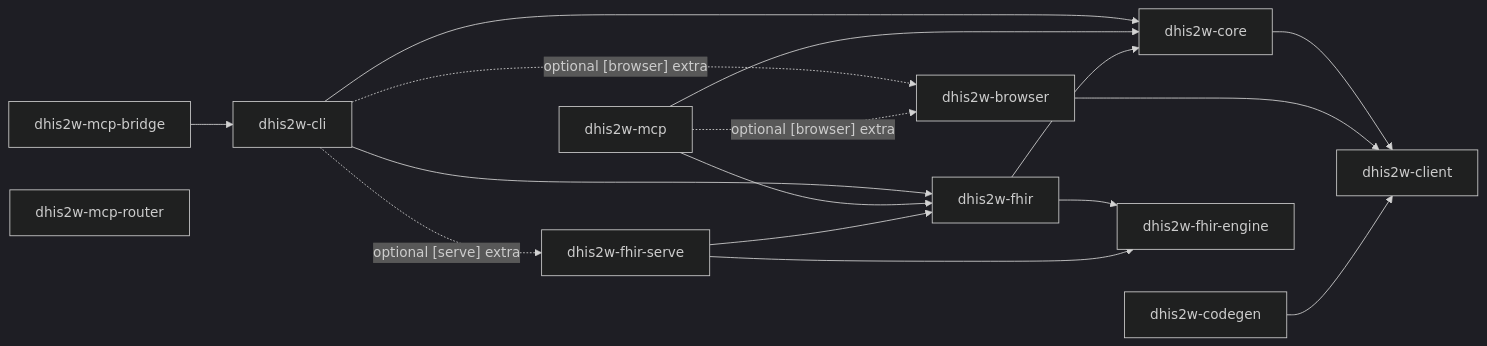
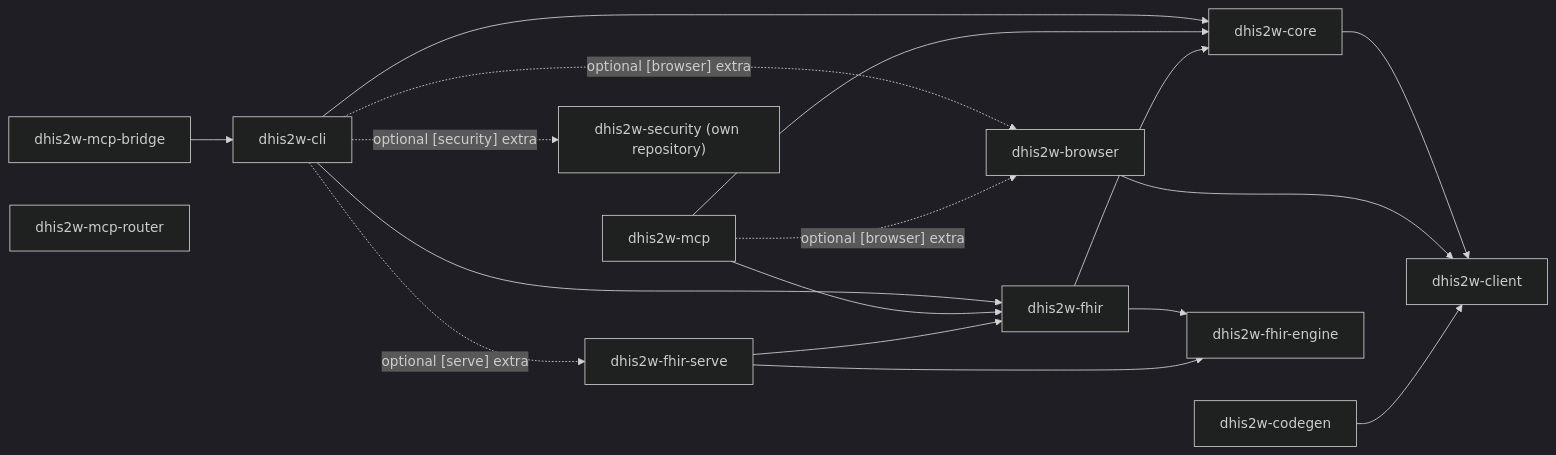
One commit to winterop-com/dhis2w changed the diagram in CLAUDE.md. Above: the diagram before and after it, drawn with Mermaid (dark theme). The commit also changed other lines of this file and 13 other files, not shown here.

First line of the commit message:
feat(cli): the security pack is the [security] extra (#801)

````diff
--- a/CLAUDE.md
+++ b/CLAUDE.md
@@ -52,30 +52,31 @@
 ```mermaid
 graph LR
     bridge["dhis2w-mcp-bridge"]
     cli["dhis2w-cli"]
     mcp["dhis2w-mcp"]
     router["dhis2w-mcp-router"]
     core["dhis2w-core"]
     browser["dhis2w-browser"]
     codegen["dhis2w-codegen"]
     client["dhis2w-client"]
     fhir["dhis2w-fhir"]
     fhirserve["dhis2w-fhir-serve"]
     fhirengine["dhis2w-fhir-engine"]
 
     cli --> core
     mcp --> core
     cli --> fhir
     mcp --> fhir
     fhir --> core
     fhir --> fhirengine
     fhirserve --> fhir
     fhirserve --> fhirengine
     bridge --> cli
     core --> client
     browser --> client
     codegen --> client
     cli -.->|"optional [browser] extra"| browser
     mcp -.->|"optional [browser] extra"| browser
     cli -.->|"optional [serve] extra"| fhirserve
+    cli -.->|"optional [security] extra"| security["dhis2w-security (own repository)"]
 ```
````
